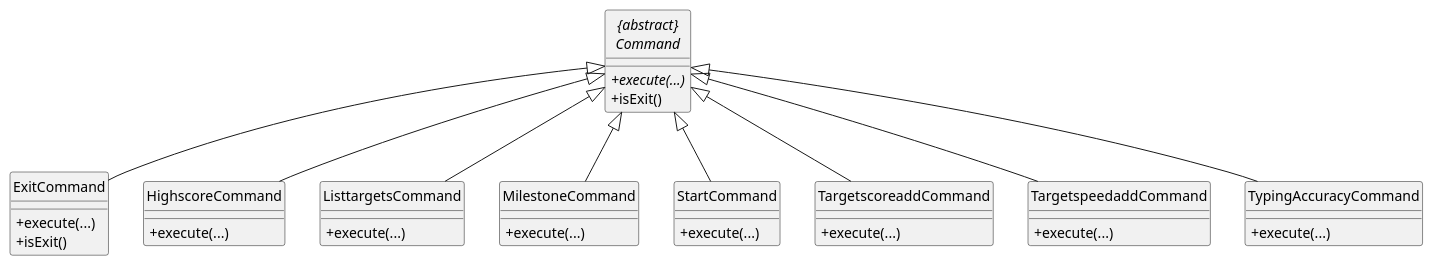
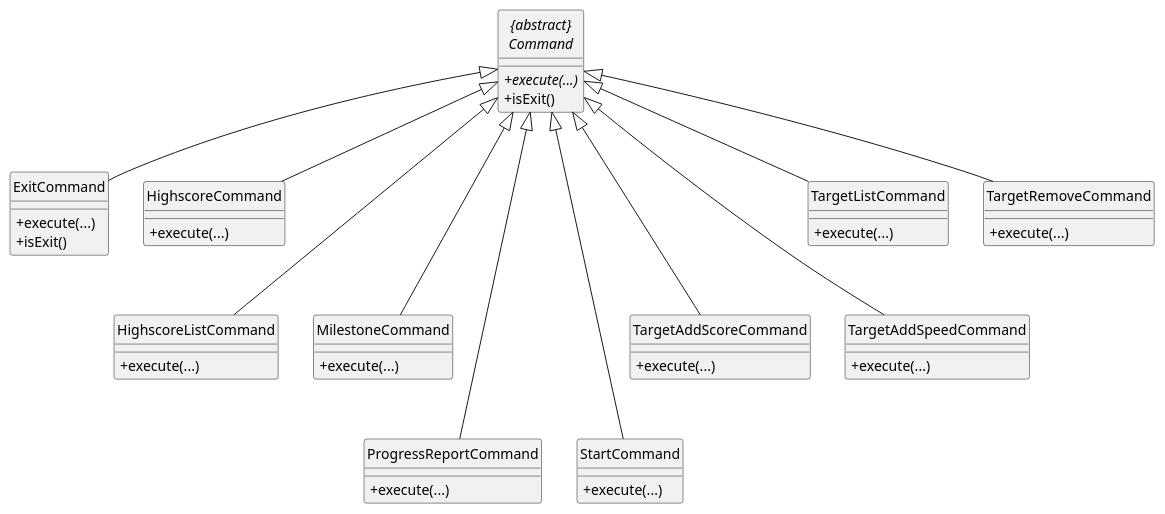
Before and after one commit to AY2425S2-CS2113-F13-2/tp: the diagram in docs/diagrams/CommandClassDiagram.puml, drawn with PlantUML. The commit also changed 3 other files, not shown here.

```diff
--- a/docs/diagrams/CommandClassDiagram.puml
+++ b/docs/diagrams/CommandClassDiagram.puml
@@ -1,46 +1,54 @@
 @startuml
 
 hide circle
 skinparam classAttributeIconSize 0
 
 abstract "{abstract}\nCommand" {
 
     {abstract} +execute(...)
     +isExit()
     }
 
     class ExitCommand {
-    +execute(...)
-    +isExit()
+        +execute(...)
+        +isExit()
     }
     class HighscoreCommand {
-    +execute(...)
+        +execute(...)
     }
-    class ListtargetsCommand {
-    +execute(...)
+    class HighscoreListCommand {
+        +execute(...)
     }
     class MilestoneCommand {
-    +execute(...)
+        +execute(...)
+    }
+    class ProgressReportCommand {
+        +execute(...)
     }
     class StartCommand {
-    +execute(...)
+        +execute(...)
     }
-    class TargetscoreaddCommand {
-    +execute(...)
+    class TargetAddScoreCommand {
+        +execute(...)
     }
-    class TargetspeedaddCommand {
-    +execute(...)
+    class TargetAddSpeedCommand {
+        +execute(...)
     }
-    class TypingAccuracyCommand {
-    +execute(...)
+    class TargetListCommand {
+        +execute(...)
+    }
+    class TargetRemoveCommand {
+        +execute(...)
     }
 
     "{abstract}\nCommand" <|-- ExitCommand
     "{abstract}\nCommand" <|-- HighscoreCommand
-    "{abstract}\nCommand" <|-- ListtargetsCommand
-    "{abstract}\nCommand" <|-- MilestoneCommand
-    "{abstract}\nCommand" <|-- StartCommand
-    "{abstract}\nCommand" <|-- TargetscoreaddCommand
-    "{abstract}\nCommand" <|-- TargetspeedaddCommand
-    "{abstract}\nCommand" <|-- TypingAccuracyCommand
+    "{abstract}\nCommand" <|--- HighscoreListCommand
+    "{abstract}\nCommand" <|--- MilestoneCommand
+    "{abstract}\nCommand" <|---- ProgressReportCommand
+    "{abstract}\nCommand" <|---- StartCommand
+    "{abstract}\nCommand" <|--- TargetAddScoreCommand
+    "{abstract}\nCommand" <|--- TargetAddSpeedCommand
+    "{abstract}\nCommand" <|-- TargetListCommand
+    "{abstract}\nCommand" <|-- TargetRemoveCommand
 @enduml
```
